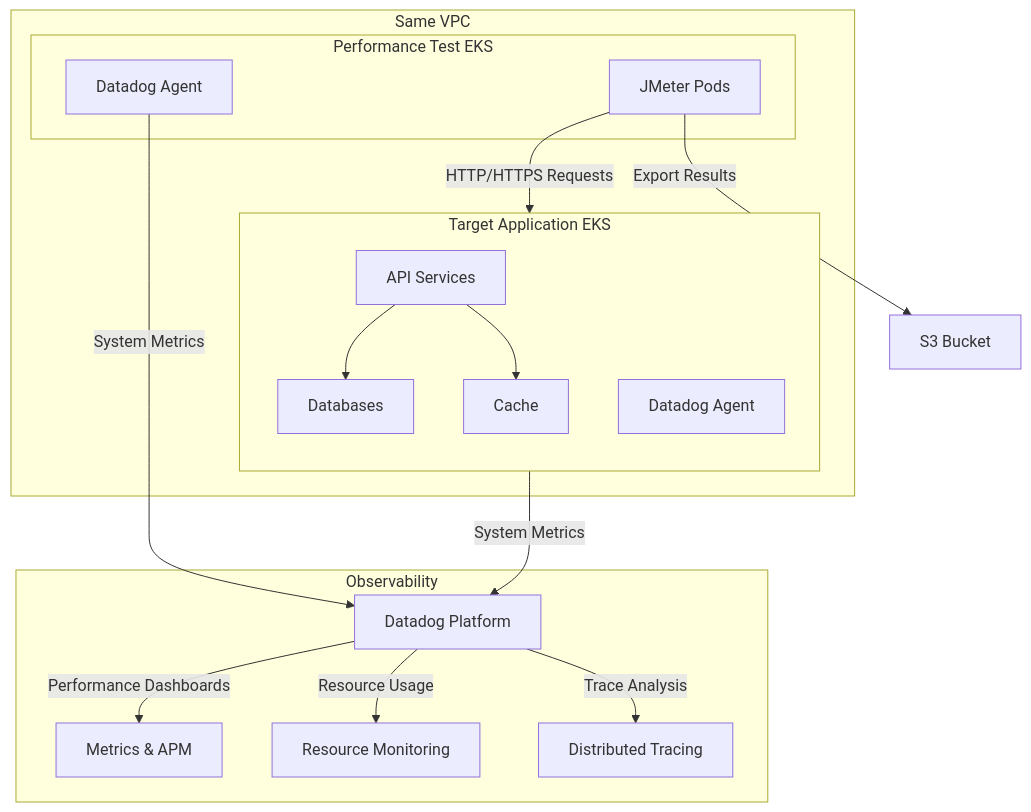
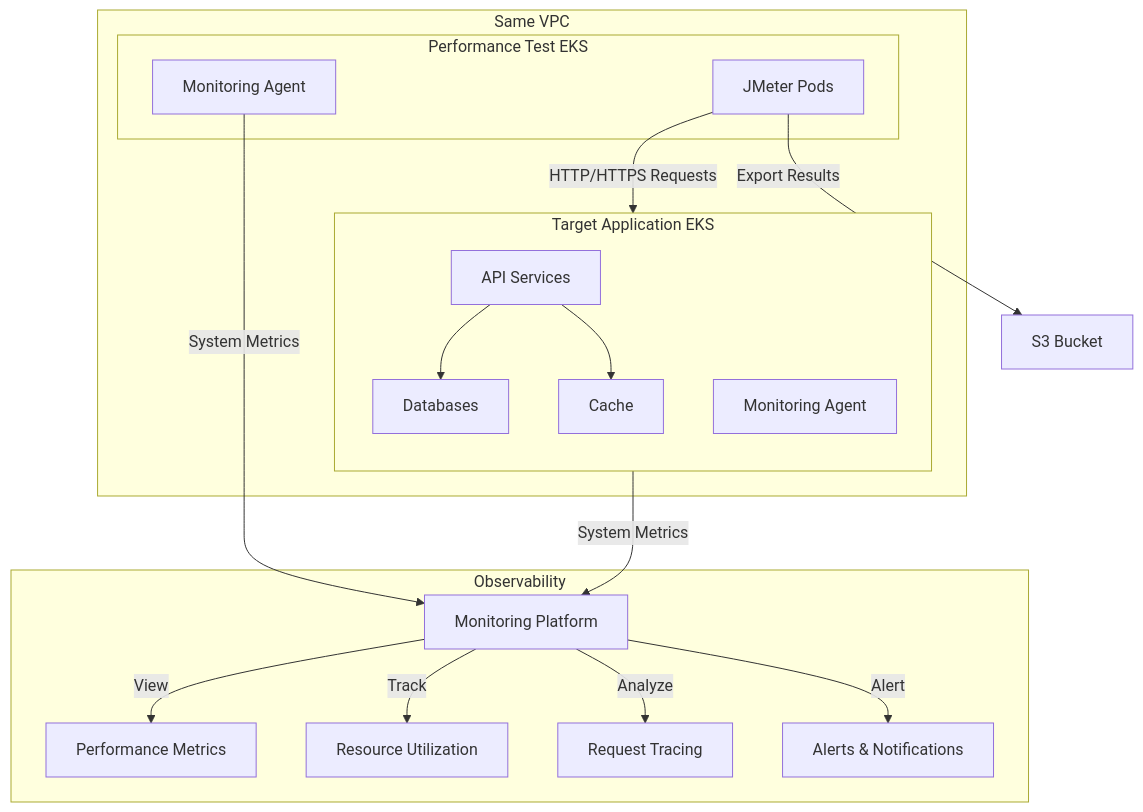
Before and after one commit to henryrestive/infra-docs: the second of 2 diagrams in Rosterfy/Performance-Test-EKS.md, drawn with Mermaid.

Commit message:
Revising the monitor to a generic one

````diff
--- a/Rosterfy/Performance-Test-EKS.md
+++ b/Rosterfy/Performance-Test-EKS.md
@@ -34,31 +34,32 @@
 ```mermaid
 flowchart TD
     subgraph VPC["Same VPC"]
         subgraph "Performance Test EKS"
             JMeter["JMeter Pods"]
-            DD1["Datadog Agent"]
+            Agent1["Monitoring Agent"]
         end
 
         subgraph "Target Application EKS"
             direction TB
             API["API Services"]
             DB["Databases"]
             Cache["Cache"]
-            DD2["Datadog Agent"]
+            Agent2["Monitoring Agent"]
             API --> DB
             API --> Cache
         end
 
         JMeter -->|"HTTP/HTTPS Requests"| API
     end
 
-    DD1 -->|"System Metrics"| Datadog["Datadog Platform"]
-    DD2 -->|"System Metrics"| Datadog
+    Agent1 -->|"System Metrics"| Monitor["Monitoring Platform"]
+    Agent2 -->|"System Metrics"| Monitor
     JMeter -->|"Export Results"| S3["S3 Bucket"]
     
     subgraph "Observability"
-        Datadog -->|"Performance Dashboards"| Metrics["Metrics & APM"]
-        Datadog -->|"Resource Usage"| Resources["Resource Monitoring"]
-        Datadog -->|"Trace Analysis"| Traces["Distributed Tracing"]
+        Monitor -->|"View"| Metrics["Performance Metrics"]
+        Monitor -->|"Track"| Resources["Resource Utilization"]
+        Monitor -->|"Analyze"| Traces["Request Tracing"]
+        Monitor -->|"Alert"| Alerts["Alerts & Notifications"]
     end
 ```
````
